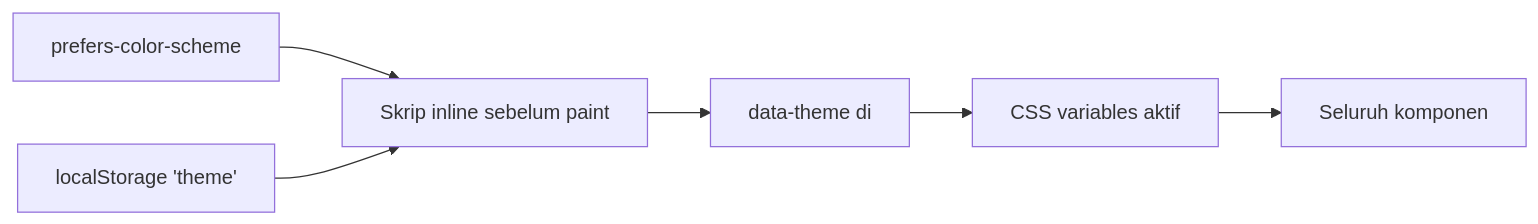
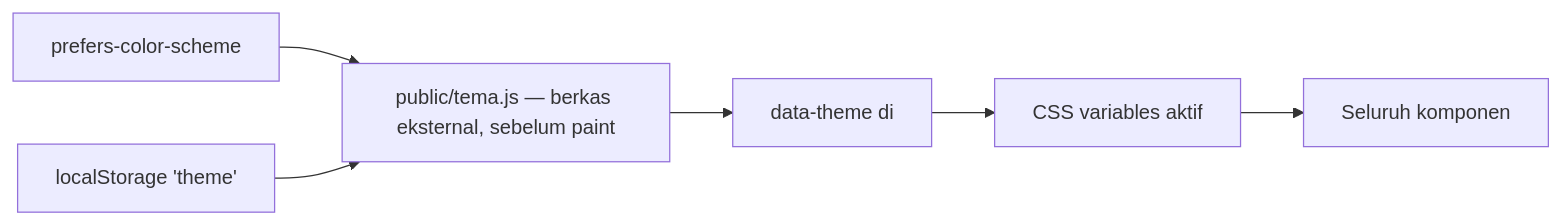
The first of 2 diagrams in docs/awcms-astro/ui-ux-design-system.md (ahliweb/awcms-astro), drawn with Mermaid before and after one commit. The commit also changed other lines of this file and 19 other files, not shown here.

````diff
--- a/docs/awcms-astro/ui-ux-design-system.md
+++ b/docs/awcms-astro/ui-ux-design-system.md
@@ -80,8 +82,8 @@
 ```mermaid
 flowchart LR
-  Sys["prefers-color-scheme"] --> Resolve["Skrip inline sebelum paint"]
+  Sys["prefers-color-scheme"] --> Resolve["public/tema.js — berkas eksternal, sebelum paint"]
   Pref["localStorage 'theme'"] --> Resolve
   Resolve --> Attr["data-theme di <html>"]
   Attr --> Tokens["CSS variables aktif"]
   Tokens --> UI["Seluruh komponen"]
 ```
````
